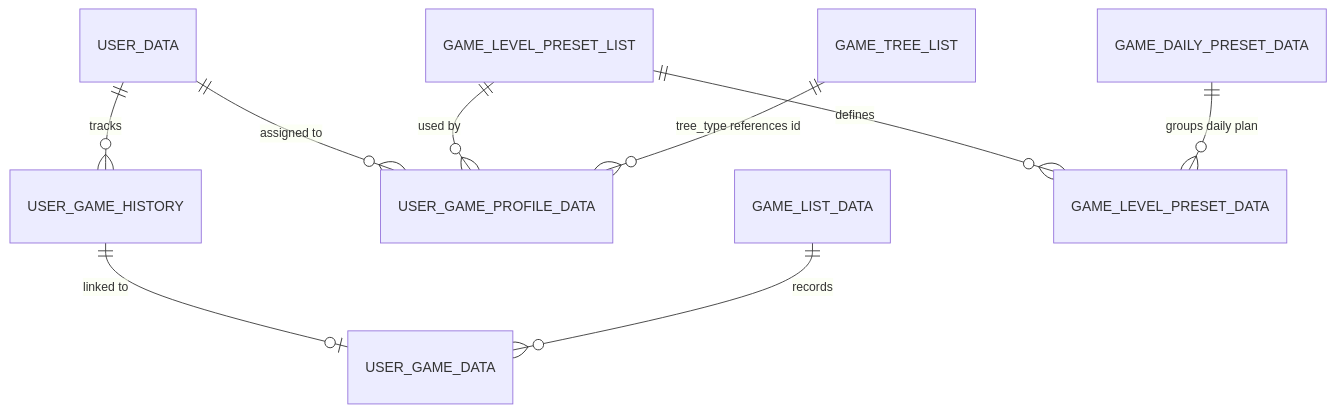
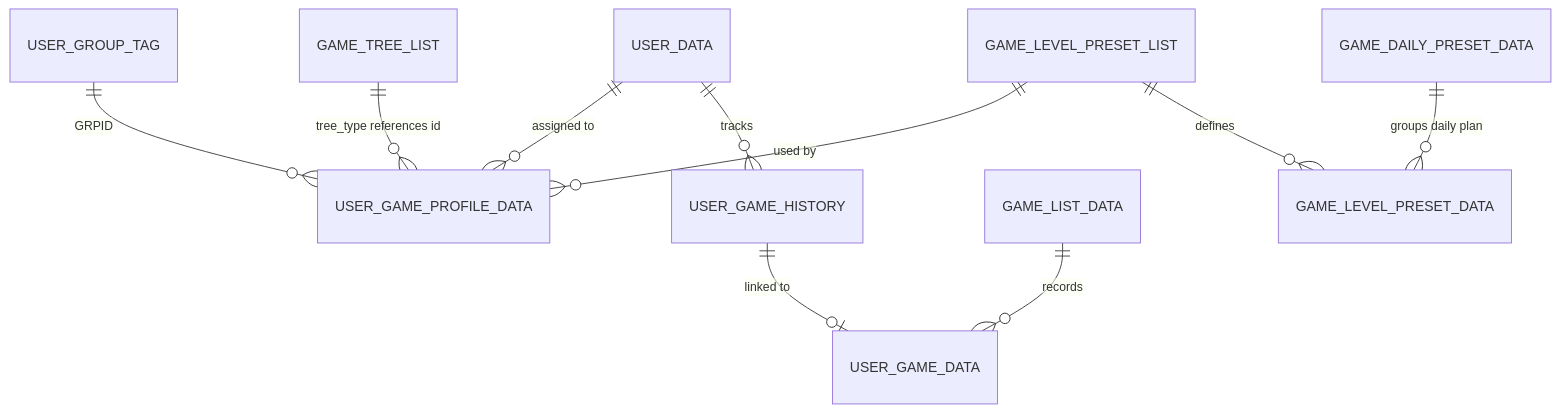
One commit to ChayutChanmueang/mci-cognitive-game-hub-dev-deploy changed the first of 2 diagrams in docs/software/03-data-schema.md. Above: the diagram before and after it, drawn with Mermaid. The commit also changed other lines of this file and 6 other files, not shown here.

````diff
--- a/docs/software/03-data-schema.md
+++ b/docs/software/03-data-schema.md
@@ -11,11 +11,12 @@
 ```mermaid
 erDiagram
     USER_DATA ||--o{ USER_GAME_HISTORY : "tracks"
     USER_DATA ||--o{ USER_GAME_PROFILE_DATA : "assigned to"
     USER_GAME_HISTORY ||--o| USER_GAME_DATA : "linked to"
     GAME_LIST_DATA ||--o{ USER_GAME_DATA : "records"
     GAME_LEVEL_PRESET_LIST ||--o{ GAME_LEVEL_PRESET_DATA : "defines"
     GAME_LEVEL_PRESET_LIST ||--o{ USER_GAME_PROFILE_DATA : "used by"
     GAME_TREE_LIST ||--o{ USER_GAME_PROFILE_DATA : "tree_type references id"
+    USER_GROUP_TAG ||--o{ USER_GAME_PROFILE_DATA : "GRPID"
     GAME_DAILY_PRESET_DATA ||--o{ GAME_LEVEL_PRESET_DATA : "groups daily plan"
 ```
````
